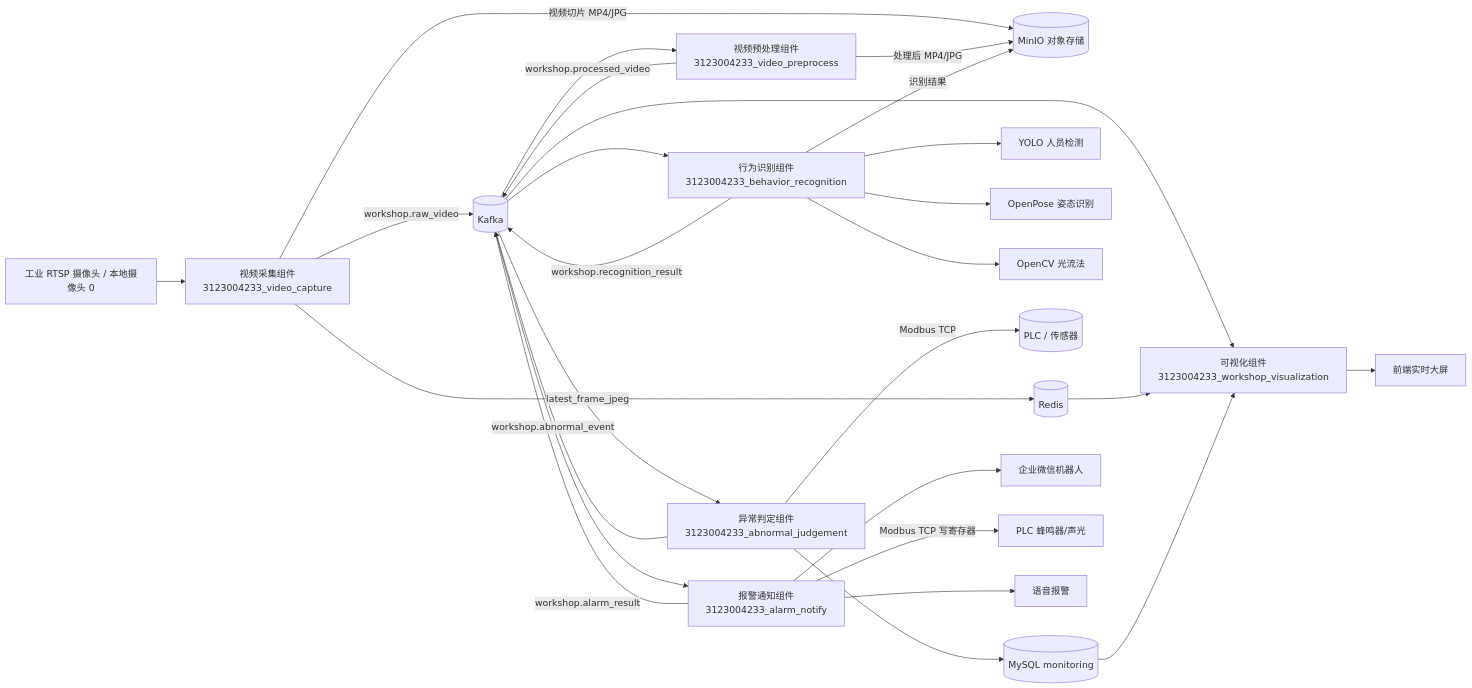
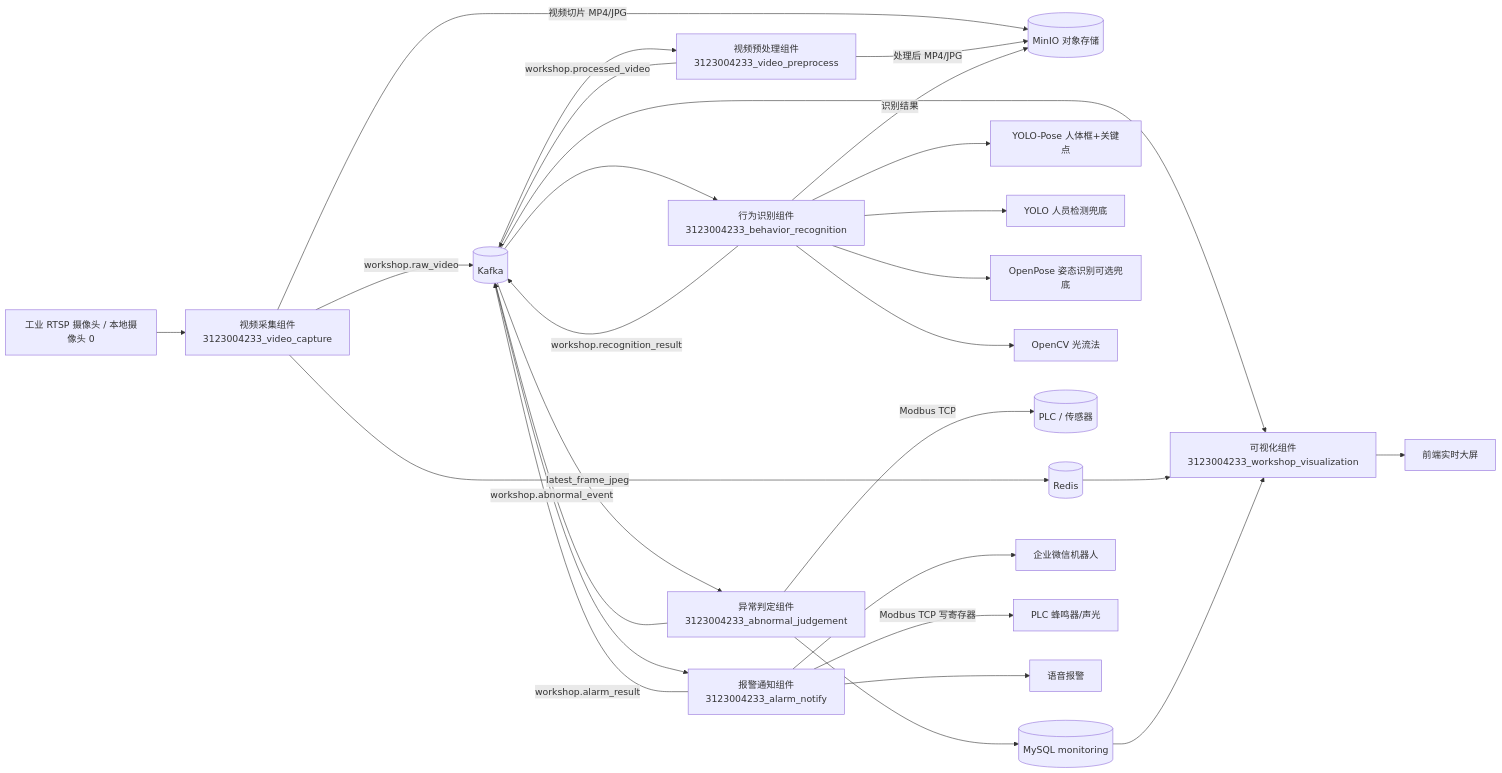
One commit to 135ljh/monitoring changed the first of 4 diagrams in workshop_monitoring_system_report.md. Above: the diagram before and after it, drawn with Mermaid. The commit also changed other lines of this file and 4 other files, not shown here.

Commit message:
Add YOLO pose behavior recognition path

````diff
--- a/workshop_monitoring_system_report.md
+++ b/workshop_monitoring_system_report.md
@@ -21,34 +21,35 @@
 ```mermaid
 flowchart LR
     Camera[工业 RTSP 摄像头 / 本地摄像头 0] --> VC[视频采集组件<br/>3123004233_video_capture]
     VC -->|视频切片 MP4/JPG| MinIO[(MinIO 对象存储)]
     VC -->|workshop.raw_video| Kafka[(Kafka)]
     VC -->|latest_frame_jpeg| Redis[(Redis)]
 
     Kafka --> VP[视频预处理组件<br/>3123004233_video_preprocess]
     VP -->|处理后 MP4/JPG| MinIO
     VP -->|workshop.processed_video| Kafka
 
     Kafka --> BR[行为识别组件<br/>3123004233_behavior_recognition]
-    BR --> YOLO[YOLO 人员检测]
-    BR --> OpenPose[OpenPose 姿态识别]
+    BR --> YoloPose[YOLO-Pose 人体框+关键点]
+    BR --> YOLO[YOLO 人员检测兜底]
+    BR --> OpenPose[OpenPose 姿态识别可选兜底]
     BR --> OpticalFlow[OpenCV 光流法]
     BR -->|识别结果| MinIO
     BR -->|workshop.recognition_result| Kafka
 
     Kafka --> AJ[异常判定组件<br/>3123004233_abnormal_judgement]
     AJ -->|Modbus TCP| PLC[(PLC / 传感器)]
     AJ --> MySQL[(MySQL monitoring)]
     AJ -->|workshop.abnormal_event| Kafka
 
     Kafka --> AN[报警通知组件<br/>3123004233_alarm_notify]
     AN --> WeCom[企业微信机器人]
     AN -->|Modbus TCP 写寄存器| PLCAlarm[PLC 蜂鸣器/声光]
     AN --> Voice[语音报警]
     AN -->|workshop.alarm_result| Kafka
 
     Kafka --> WV[可视化组件<br/>3123004233_workshop_visualization]
     Redis --> WV
     MySQL --> WV
     WV --> Browser[前端实时大屏]
 ```
````
